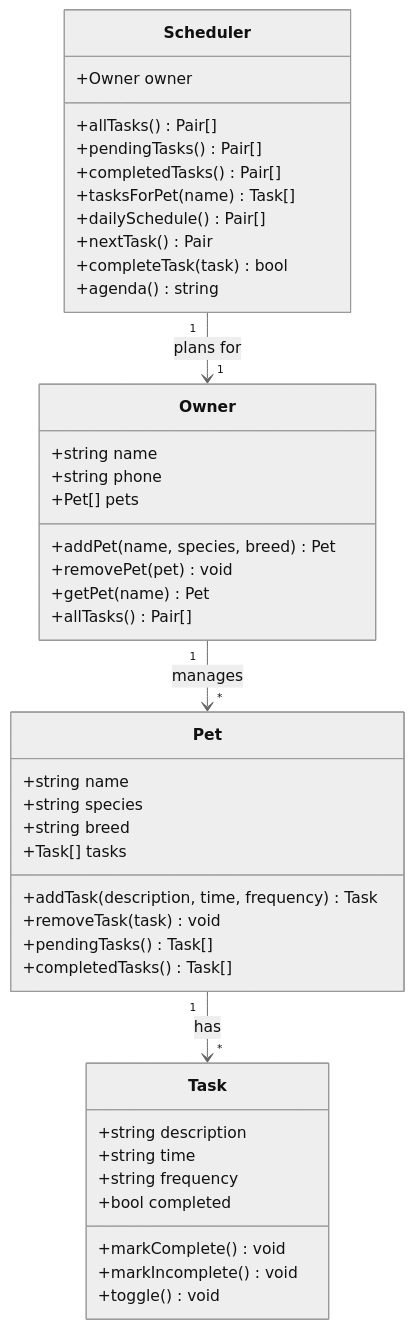
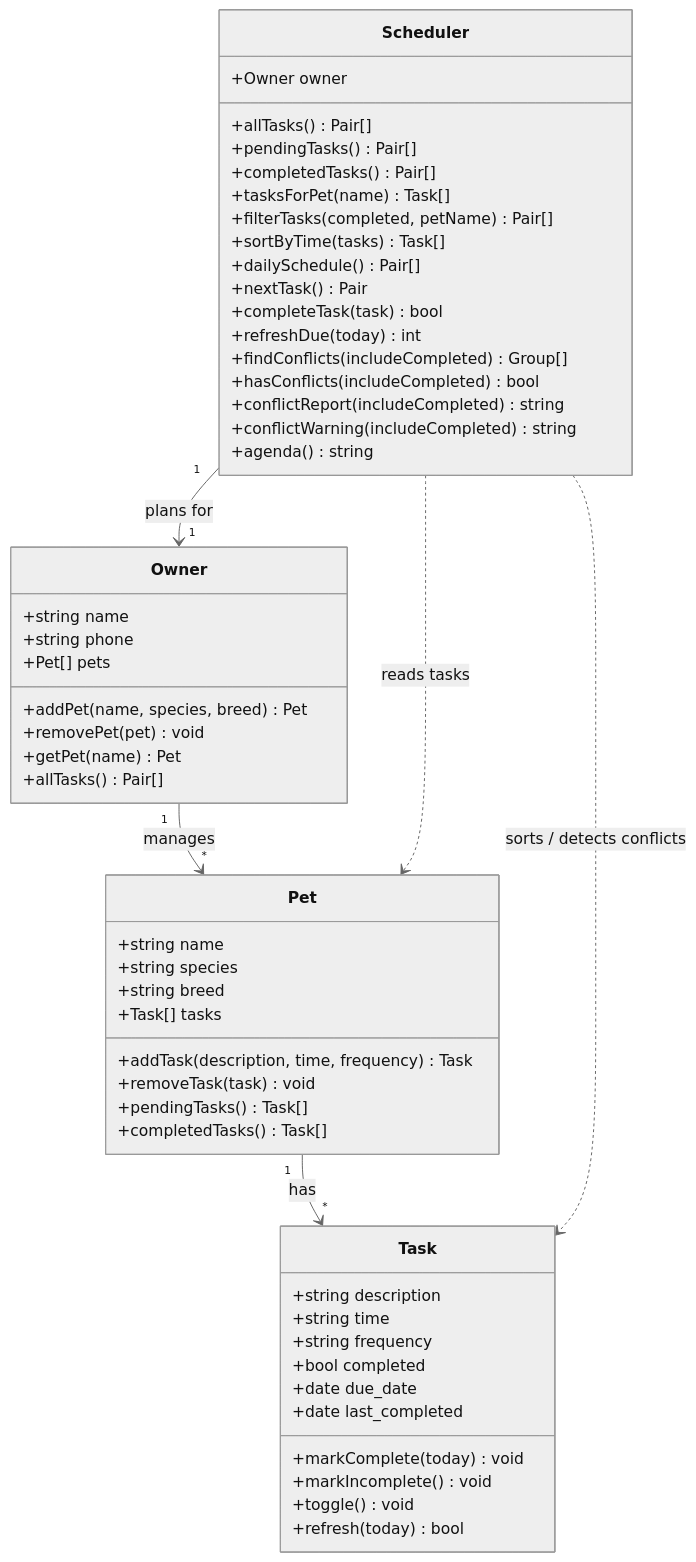
The diagram in diagrams/uml.mmd (spierrepaul2026/ai110-module2show-pawpal-starter), drawn with Mermaid (neutral theme) before and after one commit. The commit also changed 2 other files, not shown here.

```diff
--- a/diagrams/uml.mmd
+++ b/diagrams/uml.mmd
@@ -1,49 +1,61 @@
 classDiagram
     %% PawPal+ — pet care planning assistant
 
     class Task {
         +string description
         +string time
         +string frequency
         +bool completed
-        +markComplete() void
+        +date due_date
+        +date last_completed
+        +markComplete(today) void
         +markIncomplete() void
         +toggle() void
+        +refresh(today) bool
     }
 
     class Pet {
         +string name
         +string species
         +string breed
         +Task[] tasks
         +addTask(description, time, frequency) Task
         +removeTask(task) void
         +pendingTasks() Task[]
         +completedTasks() Task[]
     }
 
     class Owner {
         +string name
         +string phone
         +Pet[] pets
         +addPet(name, species, breed) Pet
         +removePet(pet) void
         +getPet(name) Pet
         +allTasks() Pair[]
     }
 
     class Scheduler {
         +Owner owner
         +allTasks() Pair[]
         +pendingTasks() Pair[]
         +completedTasks() Pair[]
         +tasksForPet(name) Task[]
+        +filterTasks(completed, petName) Pair[]
+        +sortByTime(tasks) Task[]
         +dailySchedule() Pair[]
         +nextTask() Pair
         +completeTask(task) bool
+        +refreshDue(today) int
+        +findConflicts(includeCompleted) Group[]
+        +hasConflicts(includeCompleted) bool
+        +conflictReport(includeCompleted) string
+        +conflictWarning(includeCompleted) string
         +agenda() string
     }
 
     Owner "1" --> "*" Pet : manages
     Pet "1" --> "*" Task : has
     Scheduler "1" --> "1" Owner : plans for
+    Scheduler ..> Pet : reads tasks
+    Scheduler ..> Task : sorts / detects conflicts
```
